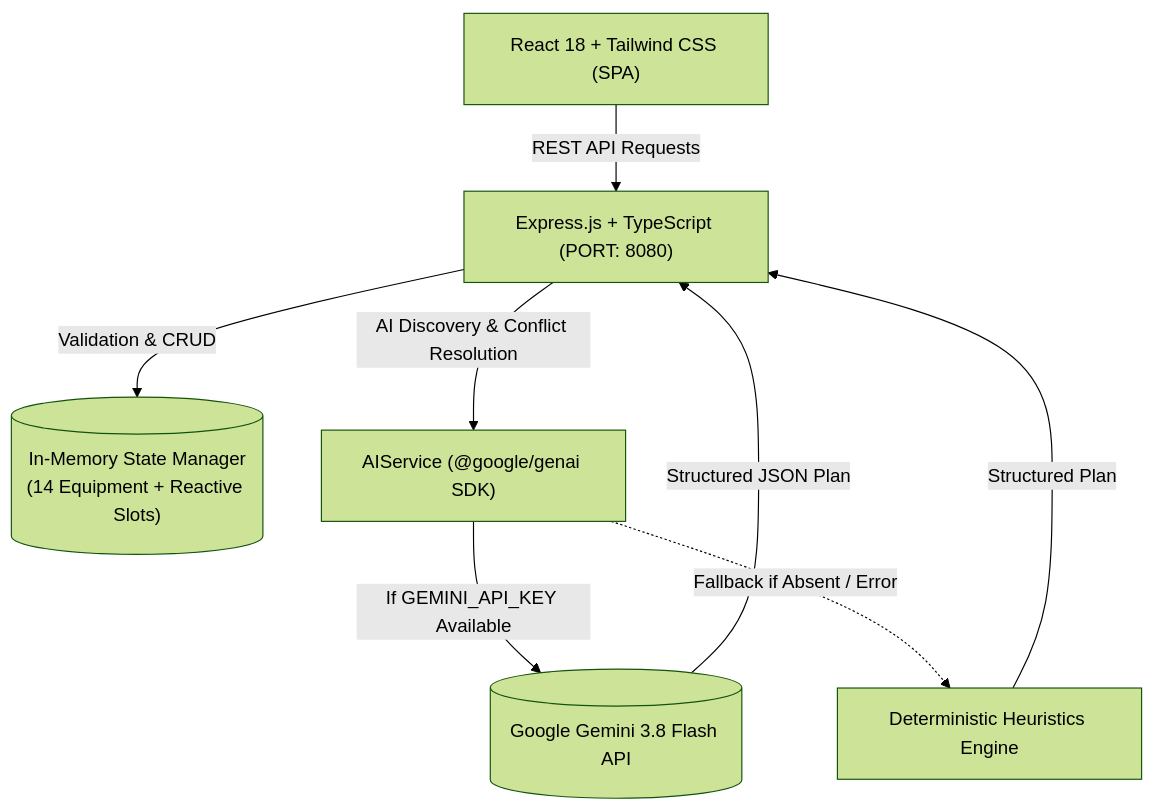
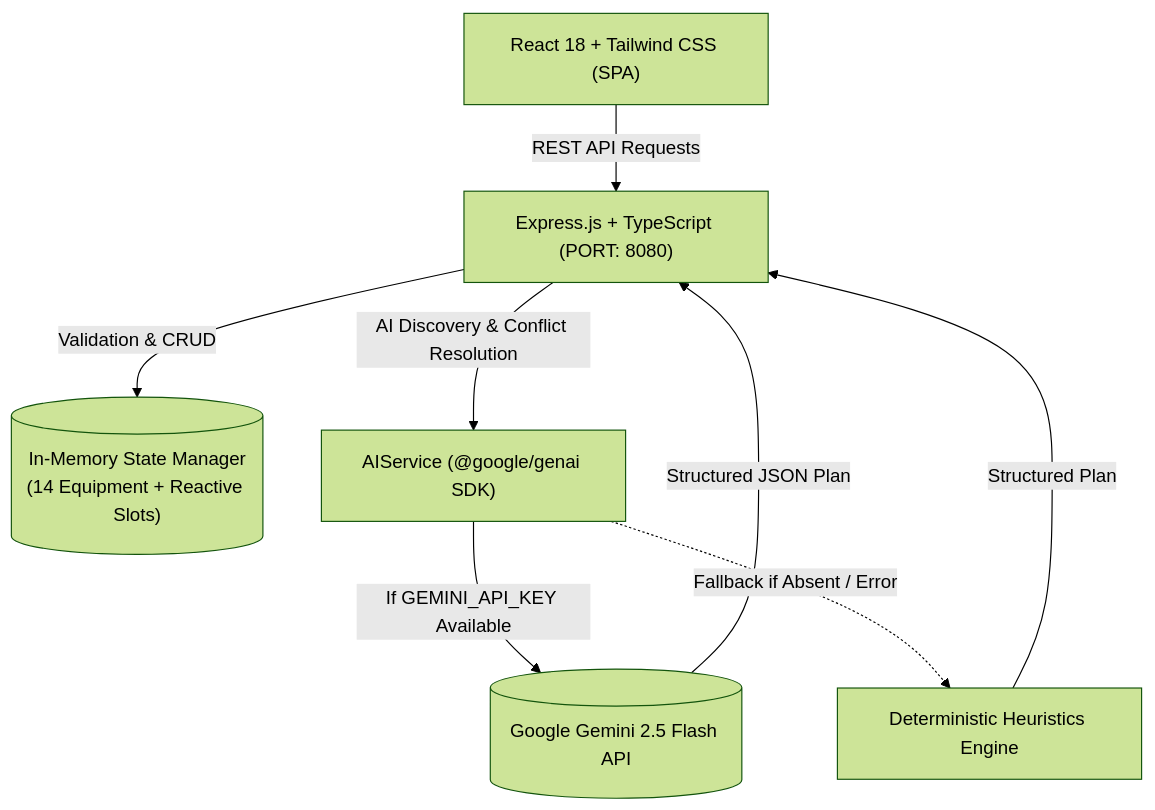
Before and after one commit to SupreethJS/labsync: the diagram in README.md, drawn with Mermaid (forest theme). The commit also changed other lines of this file and 16 other files, not shown here.

````diff
--- a/README.md
+++ b/README.md
@@ -66,17 +66,17 @@
 ```mermaid
 flowchart TD
     Client["React 18 + Tailwind CSS (SPA)"]
     Server["Express.js + TypeScript (PORT: 8080)"]
     Store[("In-Memory State Manager\n(14 Equipment + Reactive Slots)")]
     AIService["AIService (@google/genai SDK)"]
     Fallback["Deterministic Heuristics Engine"]
-    Gemini[("Google Gemini 3.8 Flash API")]
+    Gemini[("Google Gemini 2.5 Flash API")]
 
     Client -->|REST API Requests| Server
     Server -->|Validation & CRUD| Store
     Server -->|AI Discovery & Conflict Resolution| AIService
     AIService -->|If GEMINI_API_KEY Available| Gemini
     AIService -.->|Fallback if Absent / Error| Fallback
     Fallback -->|Structured Plan| Server
     Gemini -->|Structured JSON Plan| Server
 ```
````
